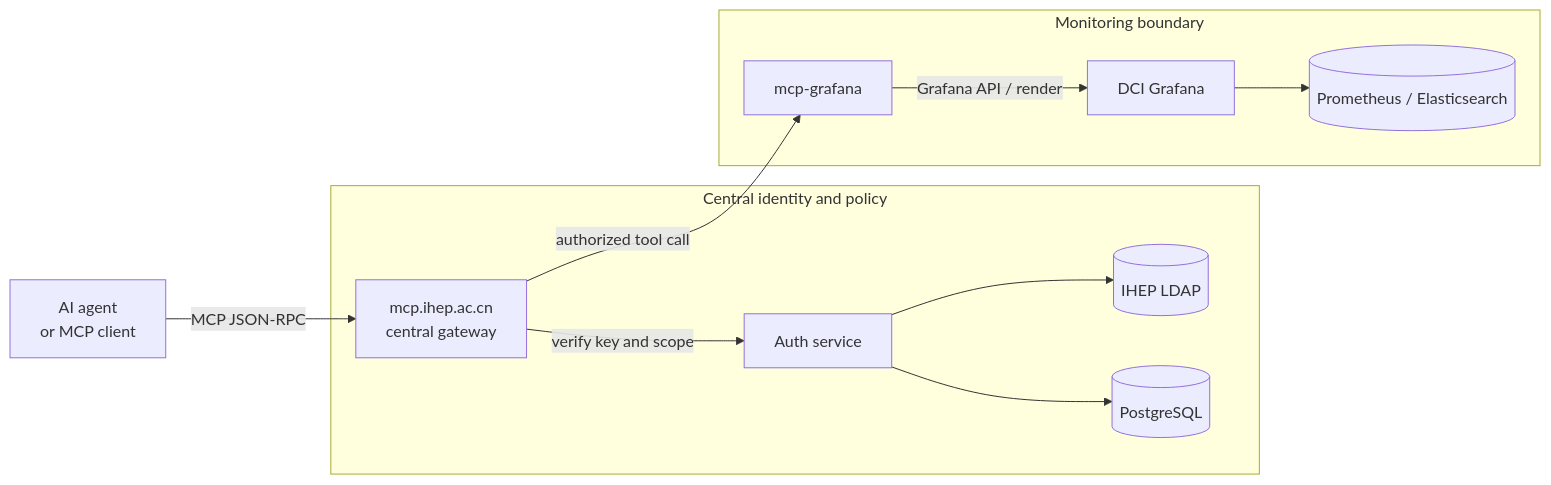
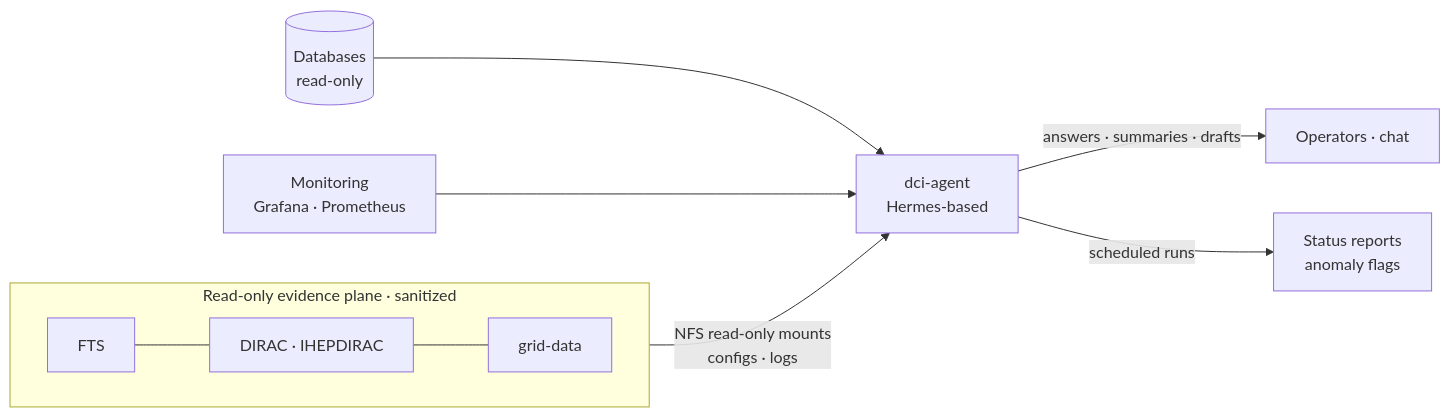
Before and after one commit to hanx-hep/12th-diracx-workshop: the second of 4 diagrams in slides.md, drawn with Mermaid. The commit also changed other lines of this file, not shown here.

First line of the commit message:
Rework Operate section around dci-agent and scoped MCP actions

````diff
--- a/slides.md
+++ b/slides.md
@@ -249,14 +214,12 @@
-```mermaid {scale: 0.56}
+```mermaid {scale: 0.5}
 flowchart LR
-    C[AI agent<br/>or MCP client] -->|MCP JSON-RPC| G[mcp.ihep.ac.cn<br/>central gateway]
-    subgraph CP[Central identity and policy]
-        G -->|verify key and scope| A[Auth service]
-        A --> L[(IHEP LDAP)]
-        A --> P[(PostgreSQL)]
+    subgraph RO[Read-only evidence plane · sanitized]
+        direction LR
+        F1[FTS] --- F2[DIRAC · IHEPDIRAC] --- F3[grid-data]
     end
-    G -->|authorized tool call| M[mcp-grafana]
-    subgraph MB[Monitoring boundary]
-        M -->|Grafana API / render| F[DCI Grafana]
-        F --> D[(Prometheus / Elasticsearch)]
-    end
+    RO -->|NFS read-only mounts<br/>configs · logs| A[dci-agent<br/>Hermes-based]
+    DB[(Databases<br/>read-only)] --> A
+    MON[Monitoring<br/>Grafana · Prometheus] --> A
+    A -->|answers · summaries · drafts| C[Operators · chat]
+    A -->|scheduled runs| R[Status reports<br/>anomaly flags]
 ```
````
